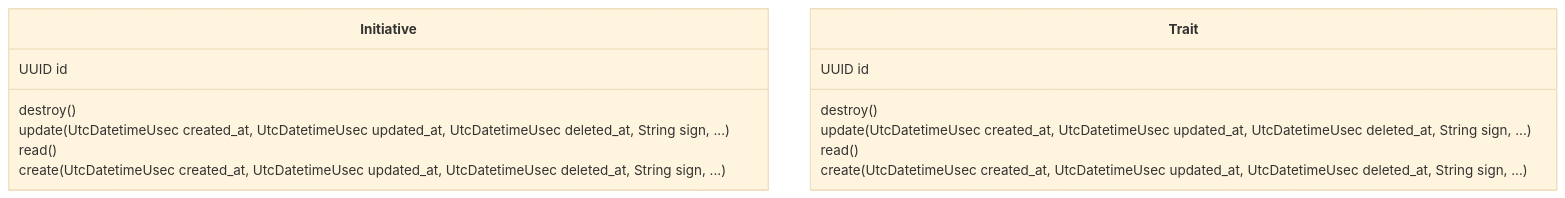
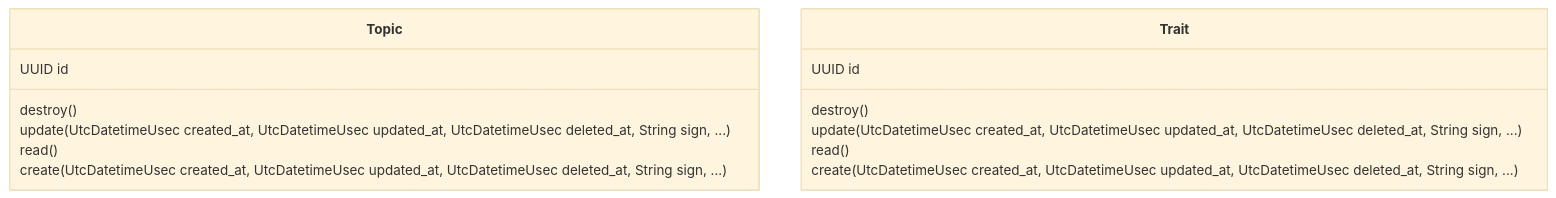
The diagram in lib/navatrack/works-mermaid-class-diagram.mmd (joelparkerhenderson/navatrack), drawn with Mermaid (base theme) before and after one commit. The commit also changed 115 other files, not shown here.

```diff
--- a/lib/navatrack/works-mermaid-class-diagram.mmd
+++ b/lib/navatrack/works-mermaid-class-diagram.mmd
@@ -1,15 +1,15 @@
 classDiagram
-    class Initiative {
+    class Topic {
         UUID id
         destroy()
         update(UtcDatetimeUsec created_at, UtcDatetimeUsec updated_at, UtcDatetimeUsec deleted_at, String sign, ...)
         read()
         create(UtcDatetimeUsec created_at, UtcDatetimeUsec updated_at, UtcDatetimeUsec deleted_at, String sign, ...)
     }
     class Trait {
         UUID id
         destroy()
         update(UtcDatetimeUsec created_at, UtcDatetimeUsec updated_at, UtcDatetimeUsec deleted_at, String sign, ...)
         read()
         create(UtcDatetimeUsec created_at, UtcDatetimeUsec updated_at, UtcDatetimeUsec deleted_at, String sign, ...)
     }
```
